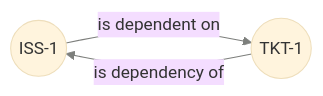
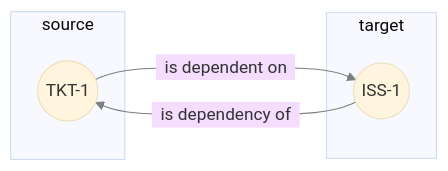
Before and after one commit to devrev/fern-api-docs: the diagram in fern/docs/pages/custom-links.mdx, drawn with Mermaid. The commit also changed other lines of this file, not shown here.

````diff
--- a/fern/docs/pages/custom-links.mdx
+++ b/fern/docs/pages/custom-links.mdx
@@ -24,13 +24,21 @@
 ```mermaid Link concept
 flowchart LR
 %%{init: {
     'theme': 'base',
     'themeVariables': {
         'fontFamily': 'Segoe UI',
         'lineColor': '#7d7f7c'
 }}}%%
+accTitle: Link concept
+accDescr: A link has a forward and a backward name. The example shows a ticket that is dependent on an issue, and the backward name "is dependency of" is shown in the reverse direction.
+
+subgraph source
+tkt((TKT-1))
+end
+subgraph target
 iss((ISS-1))
-tkt((TKT-1))
-iss -- "is dependent on" --> tkt
-tkt -- "is dependency of" --> iss
+end
+
+tkt -- "&nbsp; is dependent on &nbsp;" --> iss
+iss -- "&nbsp; is dependency of &nbsp;" --> tkt
 ```
````
